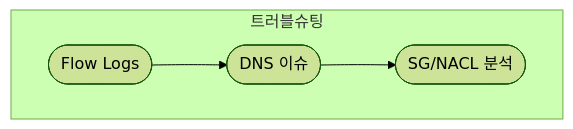
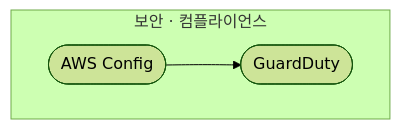
One commit to gwonmin/QuizNox_front changed the fifth of 6 diagrams in public/handbook/soa/overview.md. Above: the diagram before and after it, drawn with Mermaid (forest theme). The commit also changed other lines of this file and 125 other files, not shown here.

````diff
--- a/public/handbook/soa/overview.md
+++ b/public/handbook/soa/overview.md
@@ -52,9 +134,8 @@
 ```mermaid
 flowchart TB
-  subgraph ts [트러블슈팅]
-    FL([Flow Logs])
-    DN([DNS 이슈])
-    SG([SG/NACL 분석])
+  subgraph security [보안 · 컴플라이언스]
+    AC([AWS Config])
+    GD([GuardDuty])
   end
-  FL --> DN --> SG
+  AC --> GD
 ```
````
